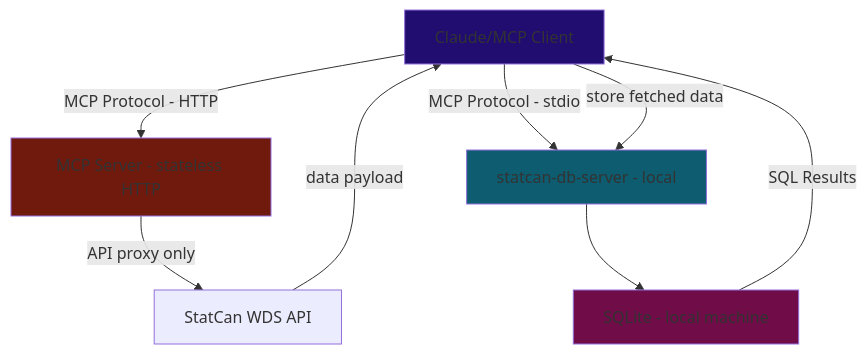
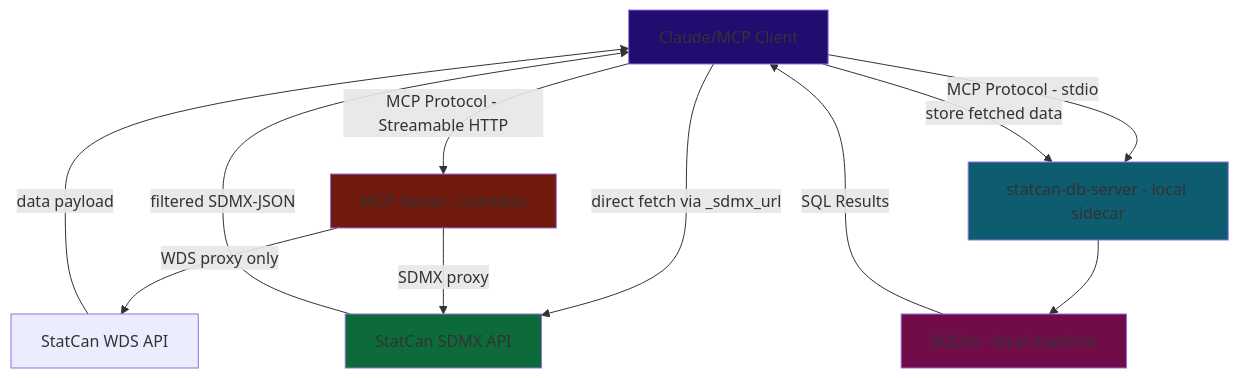
One commit to Aryan-Jhaveri/mcp-statcan changed the second of 2 diagrams in IMPLEMENTATIONS.md. Above: the diagram before and after it, drawn with Mermaid. The commit also changed other lines of this file, not shown here.

Commit message:
Added planning for SDMX and http transformation notes to IMPLEMENTATIONS.md

````diff
--- a/IMPLEMENTATIONS.md
+++ b/IMPLEMENTATIONS.md
@@ -238,17 +327,21 @@
 ```mermaid
 flowchart TD
-    A[Claude/MCP Client] -->|MCP Protocol - HTTP| B[MCP Server - stateless HTTP]
-    A -->|MCP Protocol - stdio| DB[statcan-db-server - local]
+    A[Claude/MCP Client] -->|MCP Protocol - Streamable HTTP| B[MCP Server - stateless]
+    A -->|MCP Protocol - stdio| DB[statcan-db-server - local sidecar]
+    A -->|direct fetch via _sdmx_url| S[StatCan SDMX API]
 
-    B -->|API proxy only| D[StatCan WDS API]
+    B -->|WDS proxy only| D[StatCan WDS API]
+    B -->|SDMX proxy| S
     D -->|data payload| A
+    S -->|filtered SDMX-JSON| A
 
     A -->|store fetched data| DB
     DB --> E[SQLite - local machine]
     E -->|SQL Results| A
 
     style A fill:#210d70
     style B fill:#70190d
     style DB fill:#0d5c70
     style E fill:#700d49
+    style S fill:#0d6b3a
 ```
````
